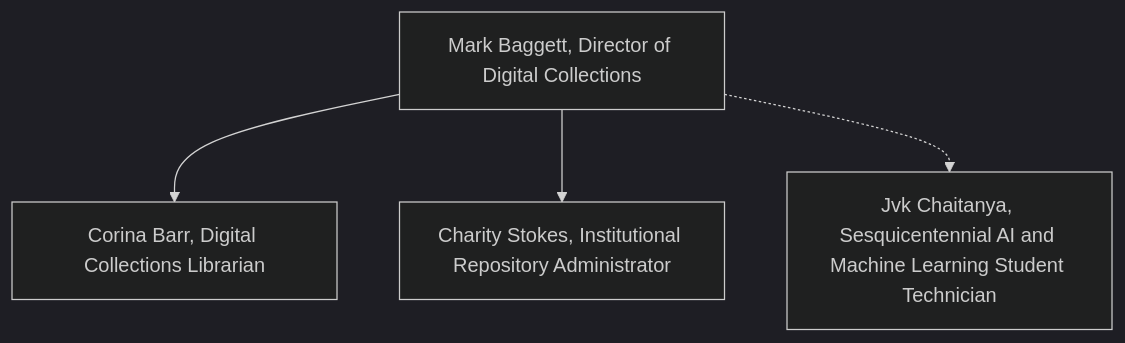
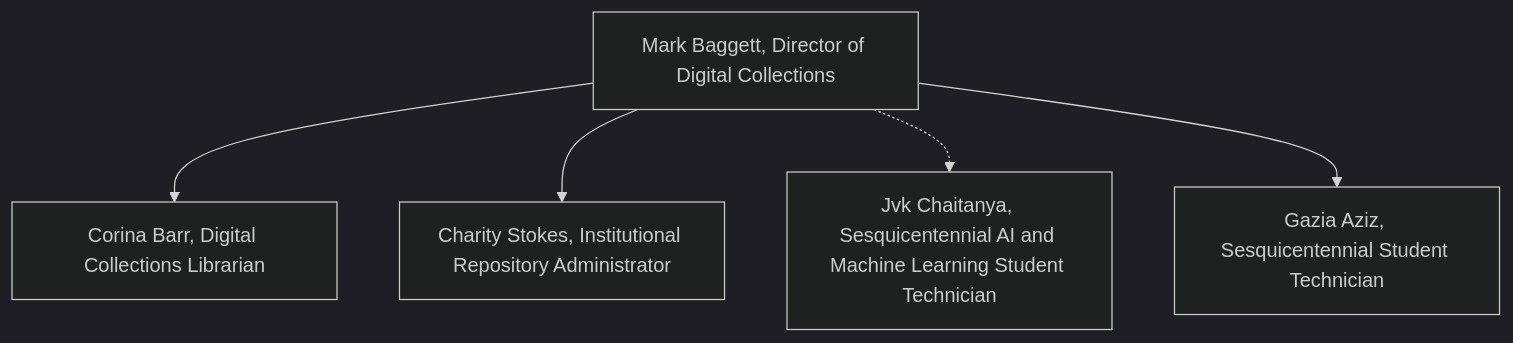
The diagram in profile/README.md (tamulib-dc-labs/.github), drawn with Mermaid (dark theme) before and after one commit.

Commit message:
Add Gazia Aziz to the team structure

````diff
--- a/profile/README.md
+++ b/profile/README.md
@@ -13,10 +13,11 @@
 ```mermaid
 
 graph TD
     MB[Mark Baggett, Director of Digital Collections] 
     MB --> CB[Corina Barr, Digital Collections Librarian]
     MB --> CS[Charity Stokes, Institutional Repository Administrator]
     MB -.-> JVK[Jvk Chaitanya, Sesquicentennial AI and Machine Learning Student Technician]
+    MB --> GA[Gazia Aziz, Sesquicentennial Student Technician]
     
 
 ```
````
